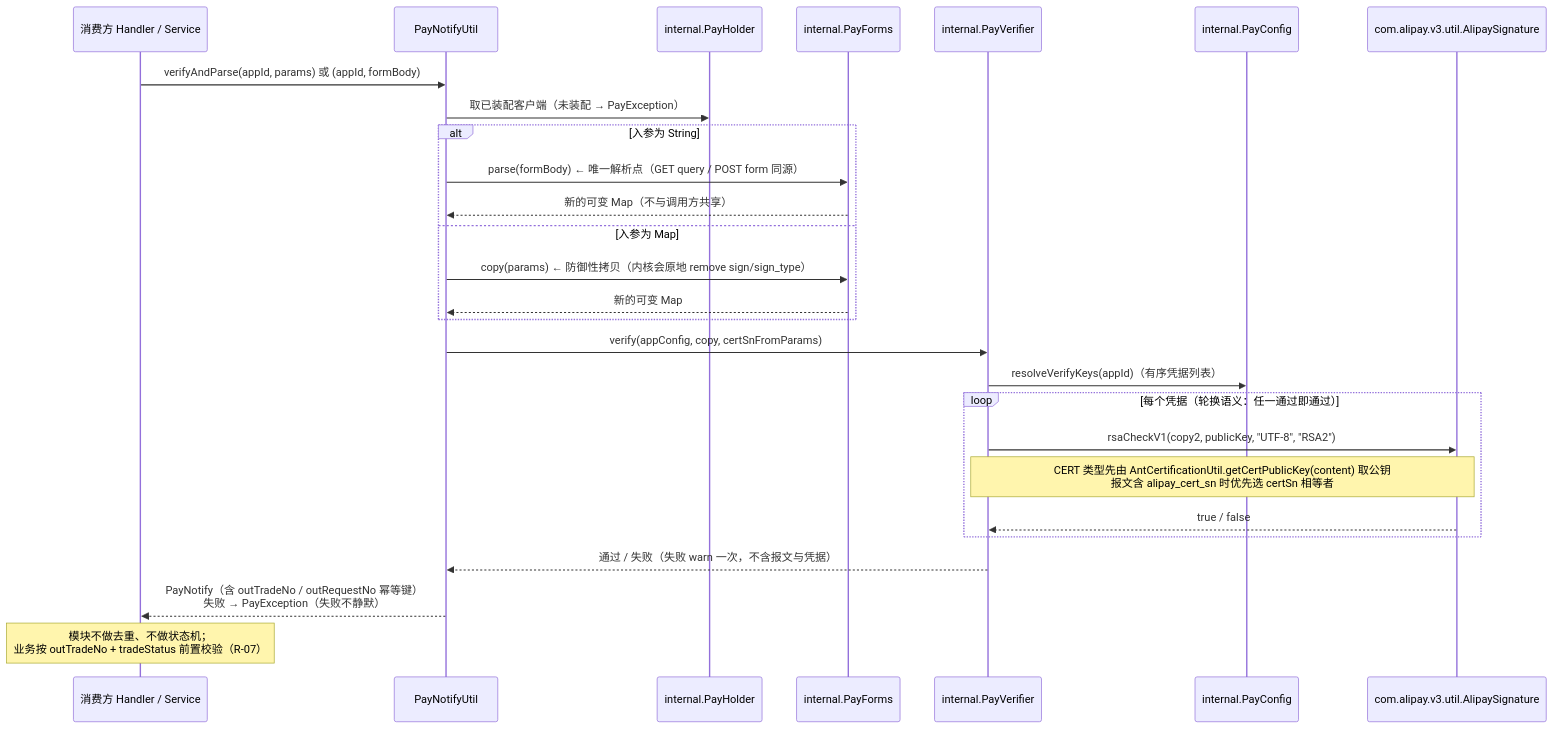
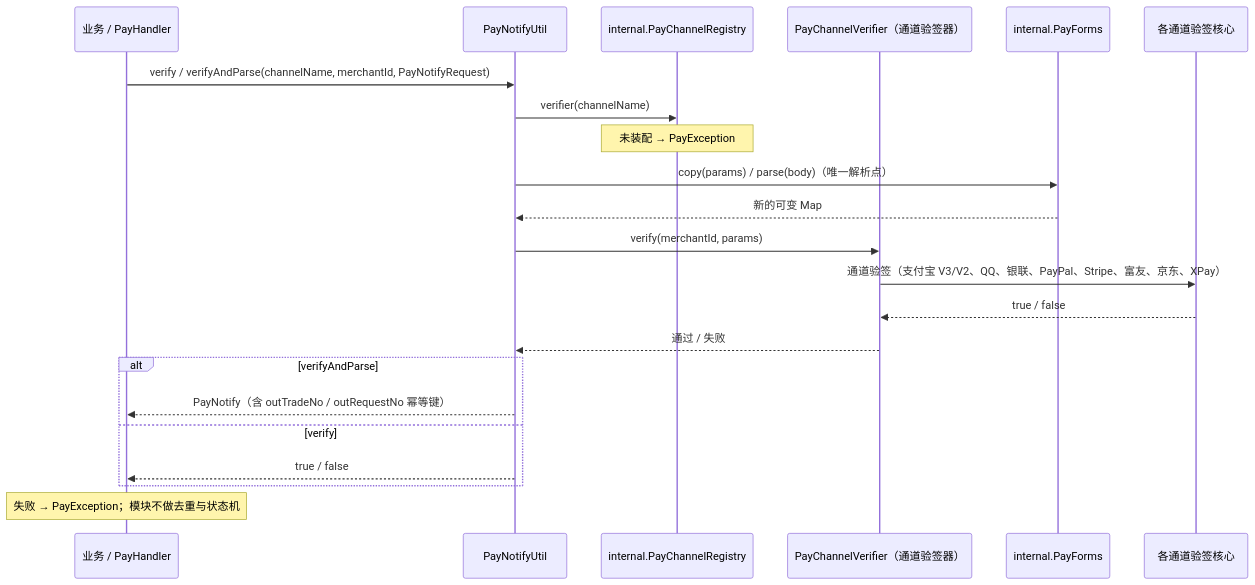
Before and after one commit to gollyhu/aifei-eco-modules: the third of 4 diagrams in aifei-pay/docs/design.md, drawn with Mermaid. The commit also changed other lines of this file, not shown here.

Commit message:
docs: aifei-pay 设计文档同步多通道重构，公共面统一为 Pay* 命名并新增 PayNotifyRequest 入参、spi.PayNotify 验签结果，七渠道口径并入 V2

````diff
--- a/aifei-pay/docs/design.md
+++ b/aifei-pay/docs/design.md
@@ -1276,30 +1291,25 @@
 ```mermaid
 sequenceDiagram
-    participant Biz as 消费方 Handler / Service
+    participant Biz as 业务 / PayHandler
     participant Util as PayNotifyUtil
-    participant Hold as internal.PayHolder
+    participant Reg as internal.PayChannelRegistry
+    participant Ver as PayChannelVerifier（通道验签器）
     participant Forms as internal.PayForms
-    participant Ver as internal.PayVerifier
-    participant Cfg as internal.PayConfig
-    participant Sdk as com.alipay.v3.util.AlipaySignature
+    participant Sdk as 各通道验签核心
 
-    Biz->>Util: verifyAndParse(appId, params) 或 (appId, formBody)
-    Util->>Hold: 取已装配客户端（未装配 → PayException）
-    alt 入参为 String
-        Util->>Forms: parse(formBody)  ← 唯一解析点（GET query / POST form 同源）
-        Forms-->>Util: 新的可变 Map（不与调用方共享）
-    else 入参为 Map
-        Util->>Forms: copy(params)      ← 防御性拷贝（内核会原地 remove sign/sign_type）
-        Forms-->>Util: 新的可变 Map
+    Biz->>Util: verify / verifyAndParse(channelName, merchantId, PayNotifyRequest)
+    Util->>Reg: verifier(channelName)
+    Note over Reg: 未装配 → PayException
+    Util->>Forms: copy(params) / parse(body)（唯一解析点）
+    Forms-->>Util: 新的可变 Map
+    Util->>Ver: verify(merchantId, params)
+    Ver->>Sdk: 通道验签（支付宝 V3/V2、QQ、银联、PayPal、Stripe、富友、京东、XPay）
+    Sdk-->>Ver: true / false
+    Ver-->>Util: 通过 / 失败
+    alt verifyAndParse
+        Util-->>Biz: PayNotify（含 outTradeNo / outRequestNo 幂等键）
+    else verify
+        Util-->>Biz: true / false
     end
-    Util->>Ver: verify(appConfig, copy, certSnFromParams)
-    Ver->>Cfg: resolveVerifyKeys(appId)（有序凭据列表）
-    loop 每个凭据（轮换语义：任一通过即通过）
-        Ver->>Sdk: rsaCheckV1(copy2, publicKey, "UTF-8", "RSA2")
-        Note over Ver,Sdk: CERT 类型先由 AntCertificationUtil.getCertPublicKey(content) 取公钥<br/>报文含 alipay_cert_sn 时优先选 certSn 相等者
-        Sdk-->>Ver: true / false
-    end
-    Ver-->>Util: 通过 / 失败（失败 warn 一次，不含报文与凭据）
-    Util-->>Biz: PayNotify（含 outTradeNo / outRequestNo 幂等键）<br/>失败 → PayException（失败不静默）
-    Note over Biz: 模块不做去重、不做状态机；<br/>业务按 outTradeNo + tradeStatus 前置校验（R-07）
+    Note over Biz: 失败 → PayException；模块不做去重与状态机
 ```
````
